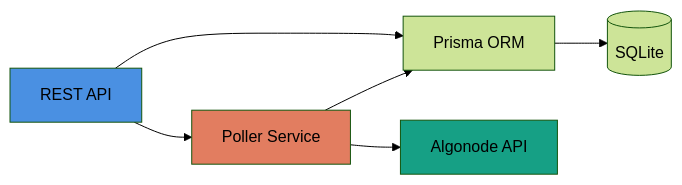
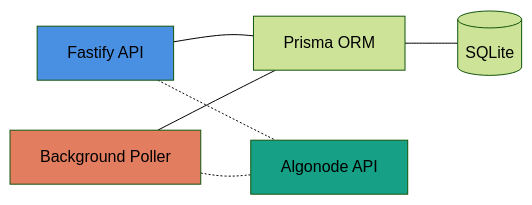
One commit to imagobea/algo-watcher changed the first of 2 diagrams in README.md. Above: the diagram before and after it, drawn with Mermaid (forest theme).

Commit message:
docs: tweak high level diagram

````diff
--- a/README.md
+++ b/README.md
@@ -9,12 +9,18 @@
 ```mermaid
 graph LR
-    A[REST API] --> B[Prisma ORM]
-    B --> C[(SQLite)]
-    A --> D[Poller Service]
-    D --> E[Algonode API]
-    D --> B
+    API[Fastify API]
+    Poller[Background Poller]
+    Prisma[Prisma ORM]
+    DB[(SQLite)]
+    Algonode[Algonode API]
     
-    style A fill:#4a90e2
-    style D fill:#e27d60
-    style E fill:#16a085
+    API --- Prisma
+    Poller --- Prisma
+    Prisma --- DB
+    API -.- Algonode
+    Poller -.- Algonode
+    
+    style API fill:#4a90e2
+    style Poller fill:#e27d60
+    style Algonode fill:#16a085
 ```
````
